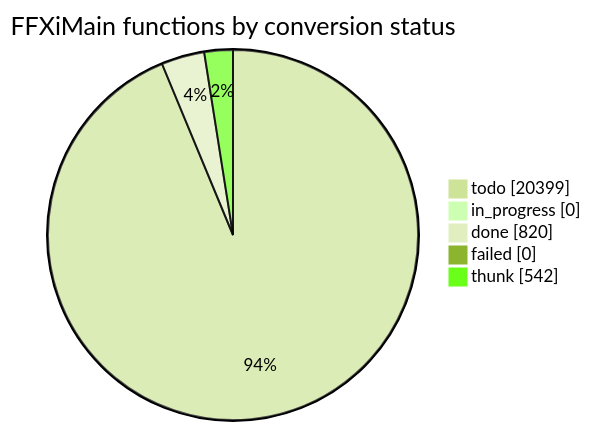
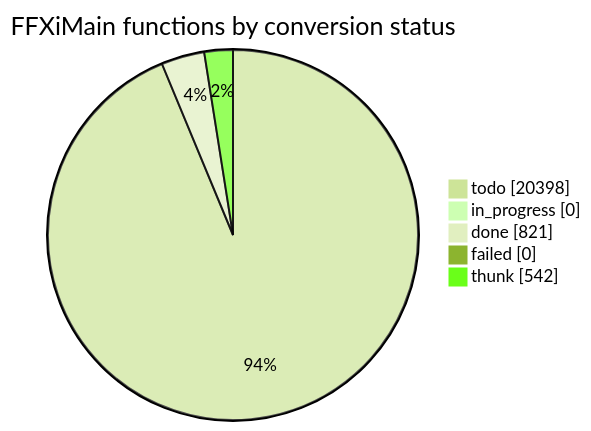
Before and after one commit to cowrevenge/cow_kuluu_xi_anything: the diagram in docs/cow/STATUS.md, drawn with Mermaid (forest theme). The commit also changed other lines of this file and 9 other files, not shown here.

````diff
--- a/docs/cow/STATUS.md
+++ b/docs/cow/STATUS.md
@@ -18,9 +18,9 @@
 ```mermaid
 pie showData
     title FFXiMain functions by conversion status
-    "todo" : 20399
+    "todo" : 20398
     "in_progress" : 0
-    "done" : 820
+    "done" : 821
     "failed" : 0
     "thunk" : 542
 ```
````
